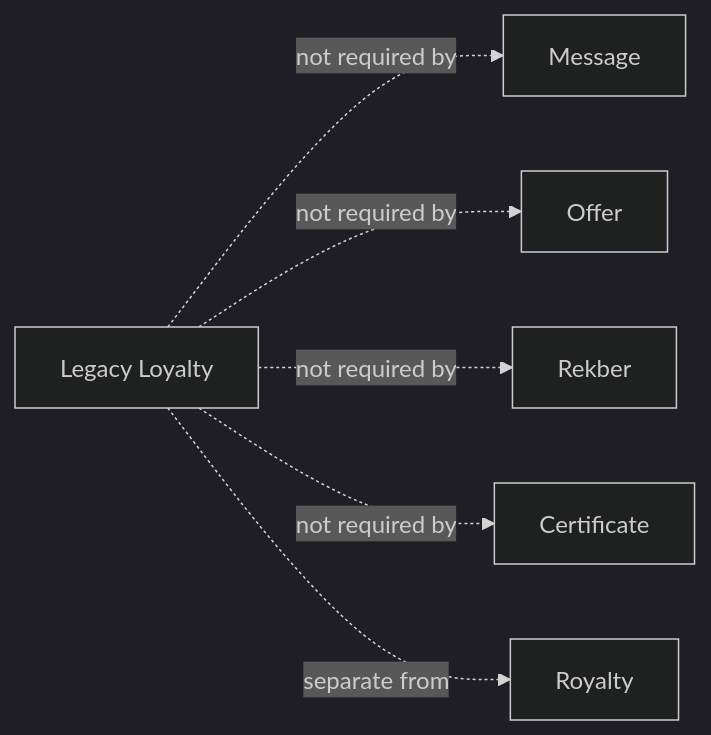
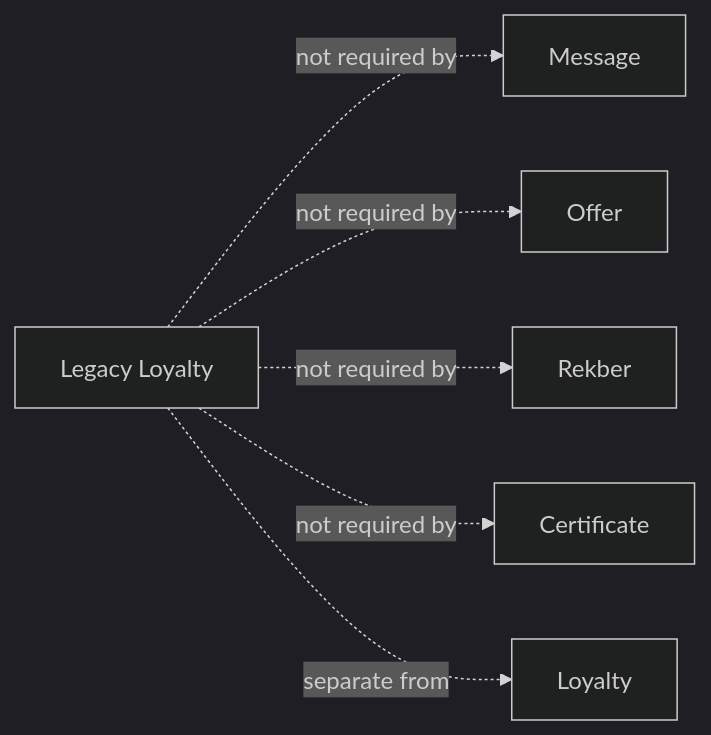
The fifth of 7 diagrams in docs/technical/backend/loyalty.md (DXJLabs/vinss), drawn with Mermaid (dark theme) before and after one commit. The commit also changed other lines of this file and 14 other files, not shown here.

````diff
--- a/docs/technical/backend/loyalty.md
+++ b/docs/technical/backend/loyalty.md
@@ -2569,16 +2569,16 @@
 ```mermaid
 flowchart LR
     LOY["Legacy Loyalty"]
 
     MSG["Message"]
     OFFER["Offer"]
     REK["Rekber"]
     CERT["Certificate"]
-    ROY["Royalty"]
+    ROY["Loyalty"]
 
     LOY -. not required by .-> MSG
     LOY -. not required by .-> OFFER
     LOY -. not required by .-> REK
     LOY -. not required by .-> CERT
     LOY -. separate from .-> ROY
 ```
````
